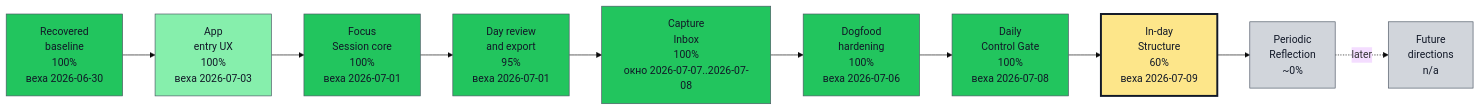
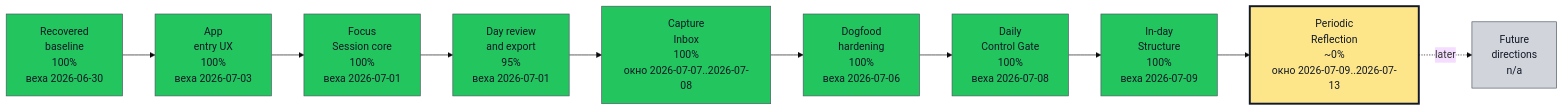
The first of 2 diagrams in docs/roadmap/opskarta.md (asukhodko/timeskein), drawn with Mermaid (base theme) before and after one commit. The commit also changed other lines of this file and 12 other files, not shown here.

Commit message:
Accept in-day structure dogfood layer

````diff
--- a/docs/roadmap/opskarta.md
+++ b/docs/roadmap/opskarta.md
@@ -60,44 +60,44 @@
 ```mermaid
 flowchart LR
 
     classDef exec_done fill:#22c55e,stroke:#4b5563,color:#111827,stroke-width:1px
     classDef exec_in_progress fill:#0ea5e9,stroke:#4b5563,color:#111827,stroke-width:1px
     classDef exec_blocked fill:#fecaca,stroke:#4b5563,color:#111827,stroke-width:1px
     classDef exec_not_started fill:#9ca3af,stroke:#4b5563,color:#111827,stroke-width:1px
     classDef exec_mgmt_green fill:#86efac,stroke:#4b5563,color:#111827,stroke-width:1px
     classDef exec_mgmt_yellow fill:#fde68a,stroke:#4b5563,color:#111827,stroke-width:1px
     classDef exec_mgmt_red fill:#fca5a5,stroke:#4b5563,color:#111827,stroke-width:1px
     classDef exec_mgmt_neutral fill:#d1d5db,stroke:#4b5563,color:#111827,stroke-width:1px
 
     recovered_baseline["Recovered<br/>baseline<br/>100%<br/>веха 2026-06-30"]
     class recovered_baseline exec_done
     app_entry_ux["App<br/>entry UX<br/>100%<br/>веха 2026-07-03"]
-    class app_entry_ux exec_mgmt_green
+    class app_entry_ux exec_done
     focus_session_core["Focus<br/>Session core<br/>100%<br/>веха 2026-07-01"]
     class focus_session_core exec_done
     day_review_export["Day review<br/>and export<br/>95%<br/>веха 2026-07-01"]
     class day_review_export exec_done
     capture_inbox["Capture<br/>Inbox<br/>100%<br/>окно 2026-07-07..2026-07-08"]
     class capture_inbox exec_done
     dogfood_hardening["Dogfood<br/>hardening<br/>100%<br/>веха 2026-07-06"]
     class dogfood_hardening exec_done
     daily_control_gate["Daily<br/>Control Gate<br/>100%<br/>веха 2026-07-08"]
     class daily_control_gate exec_done
-    in_day_structure["In-day<br/>Structure<br/>60%<br/>веха 2026-07-09"]
-    class in_day_structure exec_mgmt_yellow
-    style in_day_structure stroke:#111827,stroke-width:3px
-    periodic_reflection["Periodic<br/>Reflection<br/>~0%"]
-    class periodic_reflection exec_mgmt_neutral
+    in_day_structure["In-day<br/>Structure<br/>100%<br/>веха 2026-07-09"]
+    class in_day_structure exec_done
+    periodic_reflection["Periodic<br/>Reflection<br/>~0%<br/>окно 2026-07-09..2026-07-13"]
+    class periodic_reflection exec_mgmt_yellow
+    style periodic_reflection stroke:#111827,stroke-width:3px
     future_directions["Future<br/>directions<br/>n/a"]
     class future_directions exec_mgmt_neutral
 
     recovered_baseline --> app_entry_ux
     app_entry_ux --> focus_session_core
     focus_session_core --> day_review_export
     day_review_export --> capture_inbox
     capture_inbox --> dogfood_hardening
     dogfood_hardening --> daily_control_gate
     daily_control_gate --> in_day_structure
     in_day_structure --> periodic_reflection
     periodic_reflection -. later .-> future_directions
 ```
````
